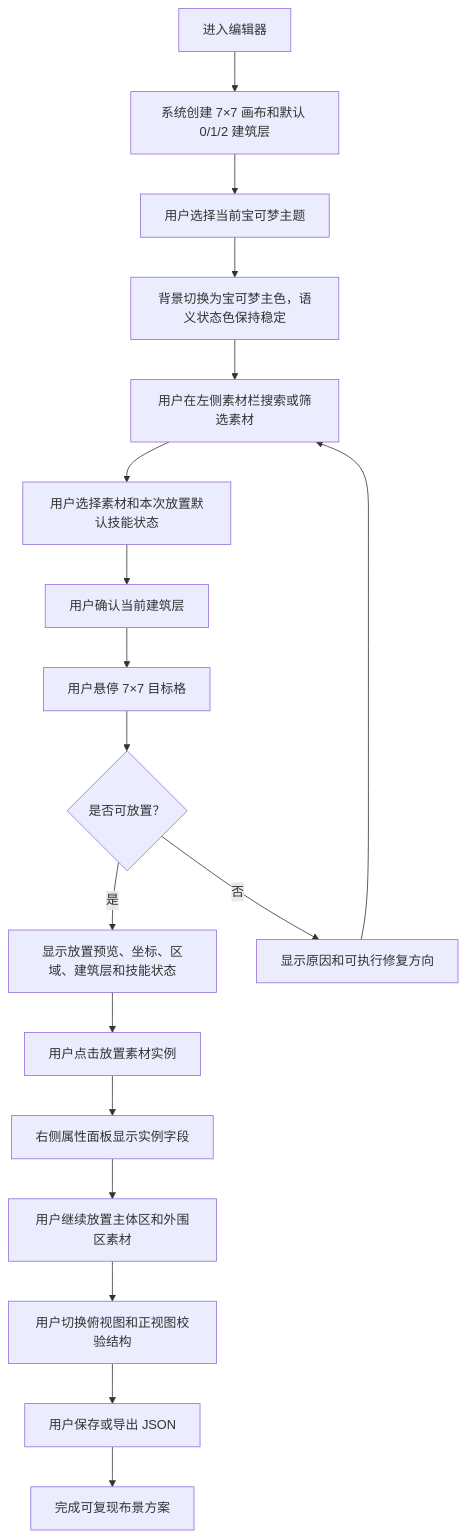
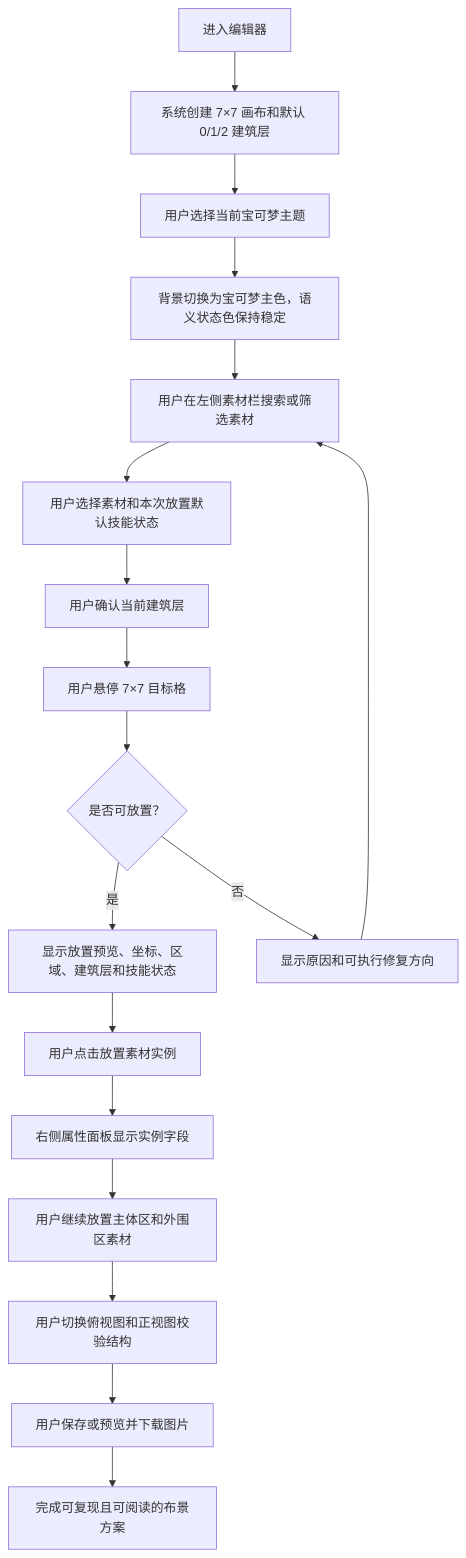
The first of 4 diagrams in _bmad-output/planning-artifacts/ux-design-specification.md (grigri201/pokopia-scene-editor), drawn with Mermaid before and after one commit. The commit also changed other lines of this file and 9 other files, not shown here.

````diff
--- a/_bmad-output/planning-artifacts/ux-design-specification.md
+++ b/_bmad-output/planning-artifacts/ux-design-specification.md
@@ -374,20 +380,20 @@
 ```mermaid
 flowchart TD
   A["进入编辑器"] --> B["系统创建 7×7 画布和默认 0/1/2 建筑层"]
   B --> C["用户选择当前宝可梦主题"]
   C --> D["背景切换为宝可梦主色，语义状态色保持稳定"]
   D --> E["用户在左侧素材栏搜索或筛选素材"]
   E --> F["用户选择素材和本次放置默认技能状态"]
   F --> G["用户确认当前建筑层"]
   G --> H["用户悬停 7×7 目标格"]
   H --> I{"是否可放置？"}
   I -- "是" --> J["显示放置预览、坐标、区域、建筑层和技能状态"]
   J --> K["用户点击放置素材实例"]
   K --> L["右侧属性面板显示实例字段"]
   L --> M["用户继续放置主体区和外围区素材"]
   M --> N["用户切换俯视图和正视图校验结构"]
-  N --> O["用户保存或导出 JSON"]
-  O --> P["完成可复现布景方案"]
+  N --> O["用户保存或预览并下载图片"]
+  O --> P["完成可复现且可阅读的布景方案"]
   I -- "否" --> Q["显示原因和可执行修复方向"]
   Q --> E
 ```
````
